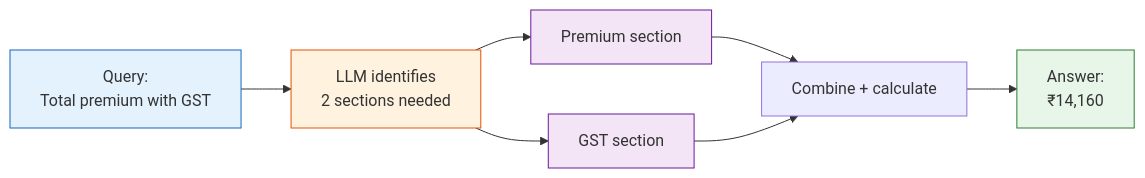
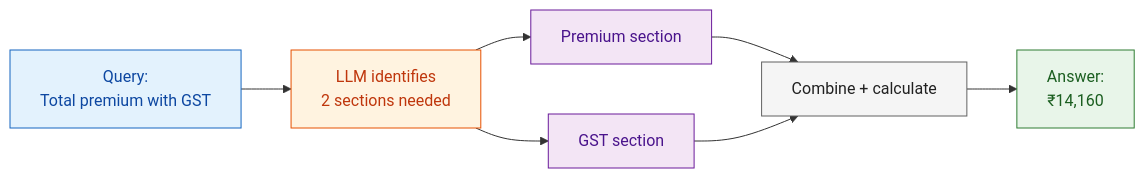
The fourth of 6 diagrams in lab2/lab2_vectorless_rag_advanced.md (AyushSinghRana15/Vectorless-RAG), drawn with Mermaid before and after one commit. The commit also changed other lines of this file and 1 other file, not shown here.

Commit message:
Add explicit text colors to all Mermaid diagram nodes for visibility

````diff
--- a/lab2/lab2_vectorless_rag_advanced.md
+++ b/lab2/lab2_vectorless_rag_advanced.md
@@ -365,14 +370,15 @@
 ```mermaid
 flowchart LR
     A["Query:\nTotal premium with GST"] --> B["LLM identifies\n2 sections needed"]
     B --> C["Premium section"]
     B --> D["GST section"]
     C --> E["Combine + calculate"]
     D --> E
     E --> F["Answer:\n₹14,160"]
-    style A fill:#e3f2fd,stroke:#1565c0
-    style F fill:#e8f5e9,stroke:#2e7d32
-    style B fill:#fff3e0,stroke:#e65100
-    style C fill:#f3e5f5,stroke:#6a1b9a
-    style D fill:#f3e5f5,stroke:#6a1b9a
+    style A fill:#e3f2fd,stroke:#1565c0,color:#0d47a1
+    style B fill:#fff3e0,stroke:#e65100,color:#bf360c
+    style C fill:#f3e5f5,stroke:#6a1b9a,color:#4a148c
+    style D fill:#f3e5f5,stroke:#6a1b9a,color:#4a148c
+    style E fill:#f5f5f5,stroke:#616161,color:#212121
+    style F fill:#e8f5e9,stroke:#2e7d32,color:#1b5e20
 ```
````
